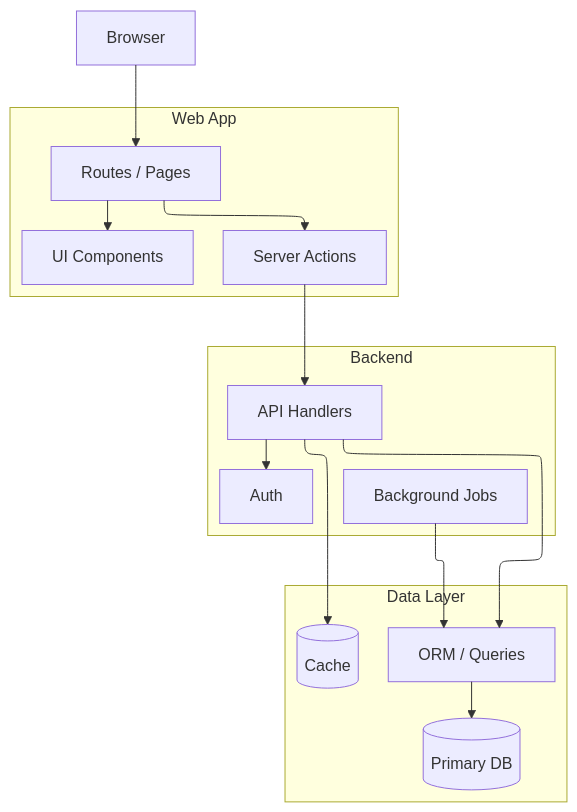
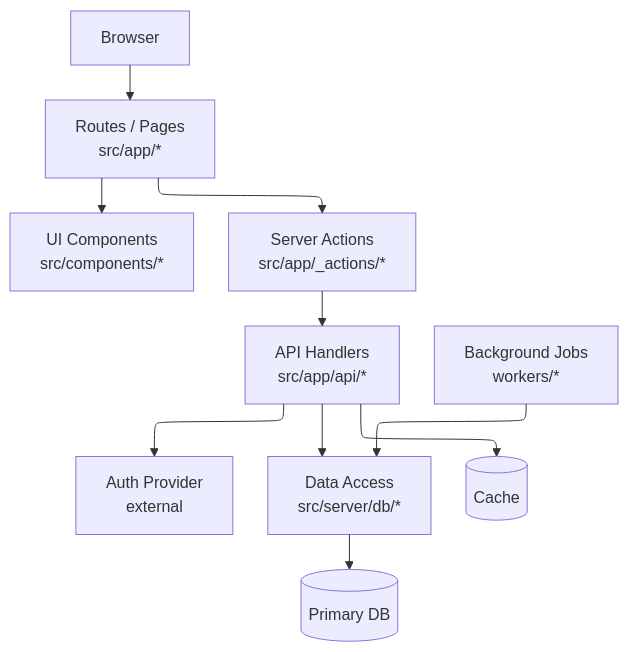
Before and after one commit to jgh0sh/better-diagram: the third of 3 diagrams in SKILL.md, drawn with Mermaid. The commit also changed other lines of this file, not shown here.

Commit message:
Tune GitDiagram layout guidance

````diff
--- a/SKILL.md
+++ b/SKILL.md
@@ -82,36 +158,27 @@
 ```mermaid
 ---
 config:
   layout: elk
 ---
 flowchart TB
   browser["Browser"]
-
-  subgraph web["Web App"]
-    routes["Routes / Pages"]
-    ui["UI Components"]
-    actions["Server Actions"]
-  end
-
-  subgraph backend["Backend"]
-    api["API Handlers"]
-    jobs["Background Jobs"]
-    auth["Auth"]
-  end
-
-  subgraph data["Data Layer"]
-    orm["ORM / Queries"]
-    db[("Primary DB")]
-    cache[("Cache")]
-  end
+  routes["Routes / Pages<br/>src/app/*"]
+  ui["UI Components<br/>src/components/*"]
+  actions["Server Actions<br/>src/app/_actions/*"]
+  api["API Handlers<br/>src/app/api/*"]
+  jobs["Background Jobs<br/>workers/*"]
+  auth["Auth Provider<br/>external"]
+  orm["Data Access<br/>src/server/db/*"]
+  db[("Primary DB")]
+  cache[("Cache")]
 
   browser --> routes
   routes --> ui
   routes --> actions
   actions --> api
   api --> auth
   api --> orm
   jobs --> orm
   orm --> db
   api --> cache
 ```
````
